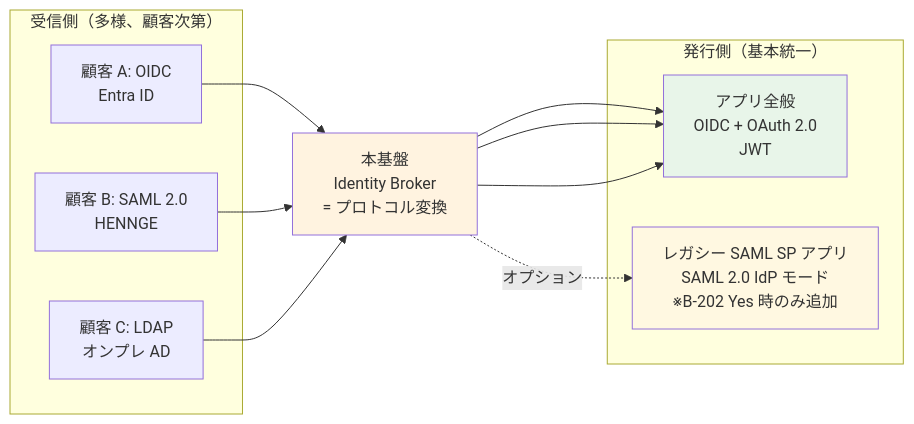
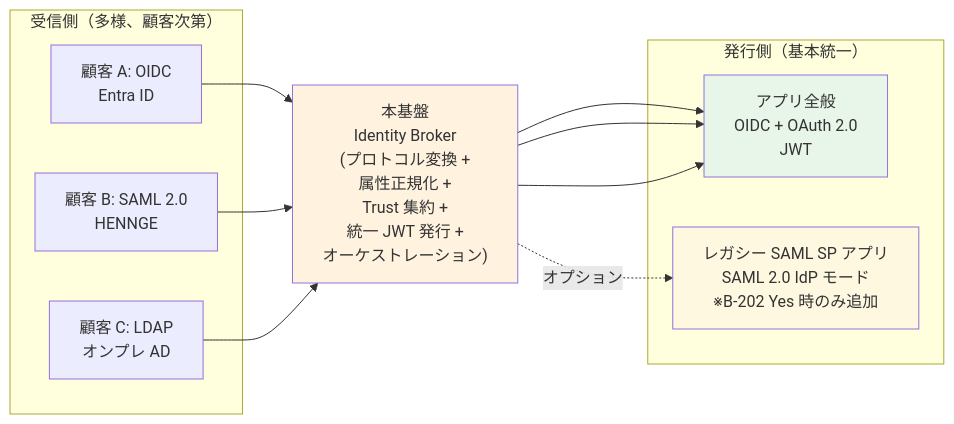
Before and after one commit to suepie/aws-atuh-poc: the second of 17 diagrams in doc/requirements/proposal/fr/02-federation.md, drawn with Mermaid. The commit also changed other lines of this file and 1 other file, not shown here.

````diff
--- a/doc/requirements/proposal/fr/02-federation.md
+++ b/doc/requirements/proposal/fr/02-federation.md
@@ -67,24 +74,24 @@
 ```mermaid
 flowchart LR
     subgraph Recv["受信側（多様、顧客次第）"]
         R1[顧客 A: OIDC<br/>Entra ID]
         R2[顧客 B: SAML 2.0<br/>HENNGE]
         R3[顧客 C: LDAP<br/>オンプレ AD]
     end
 
-    Hub[本基盤<br/>Identity Broker<br/>= プロトコル変換]
+    Hub["本基盤<br/>Identity Broker<br/>(プロトコル変換 +<br/>属性正規化 +<br/>Trust 集約 +<br/>統一 JWT 発行 +<br/>オーケストレーション)"]
 
     subgraph Issue["発行側（基本統一）"]
         I1[アプリ全般<br/>OIDC + OAuth 2.0<br/>JWT]
         I2[レガシー SAML SP アプリ<br/>SAML 2.0 IdP モード<br/>※B-202 Yes 時のみ追加]
     end
 
     R1 --> Hub --> I1
     R2 --> Hub --> I1
     R3 --> Hub --> I1
     Hub -.オプション.-> I2
 
     style Hub fill:#fff3e0
     style I1 fill:#e8f5e9
     style I2 fill:#fff8e1
 ```
````
